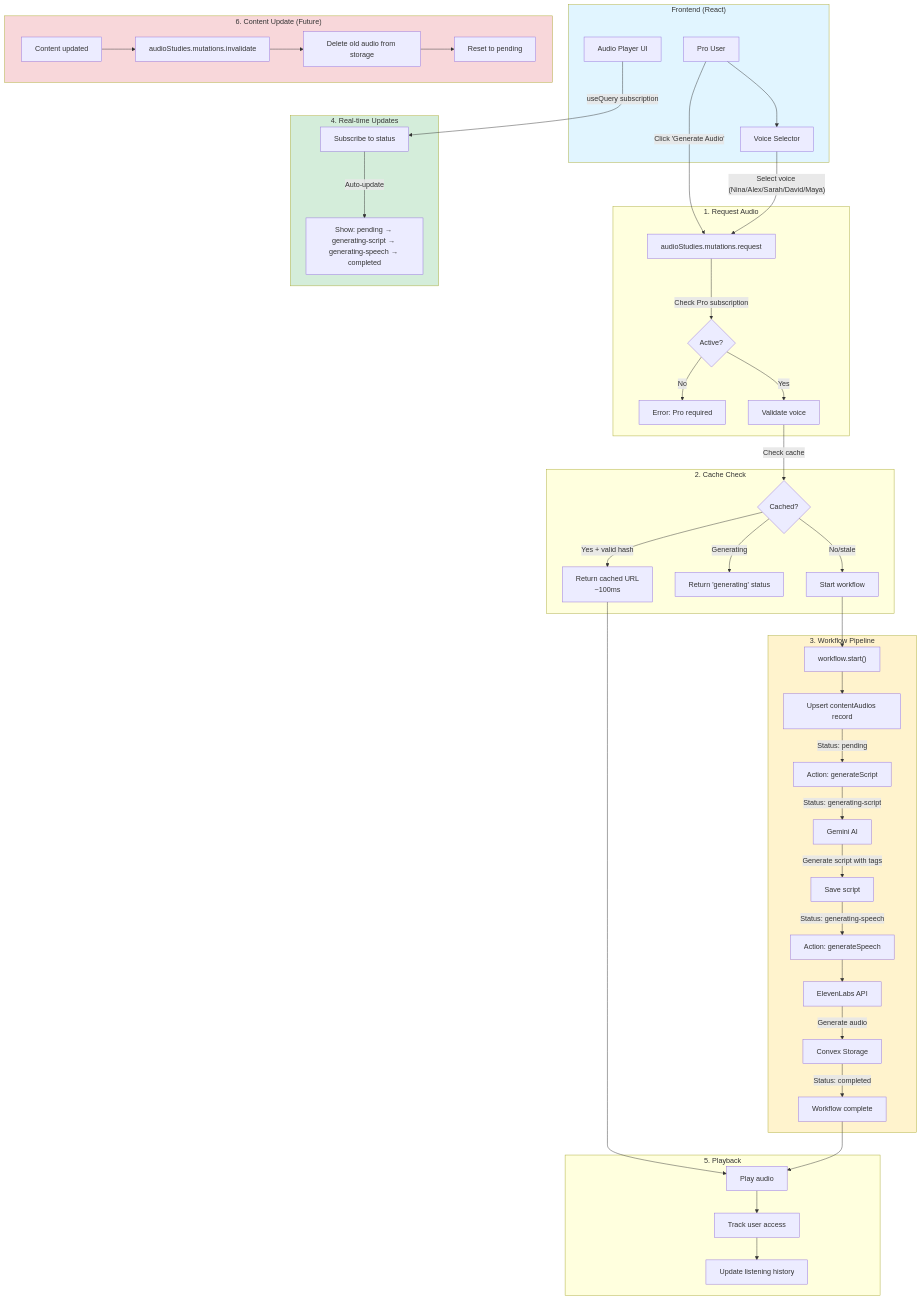
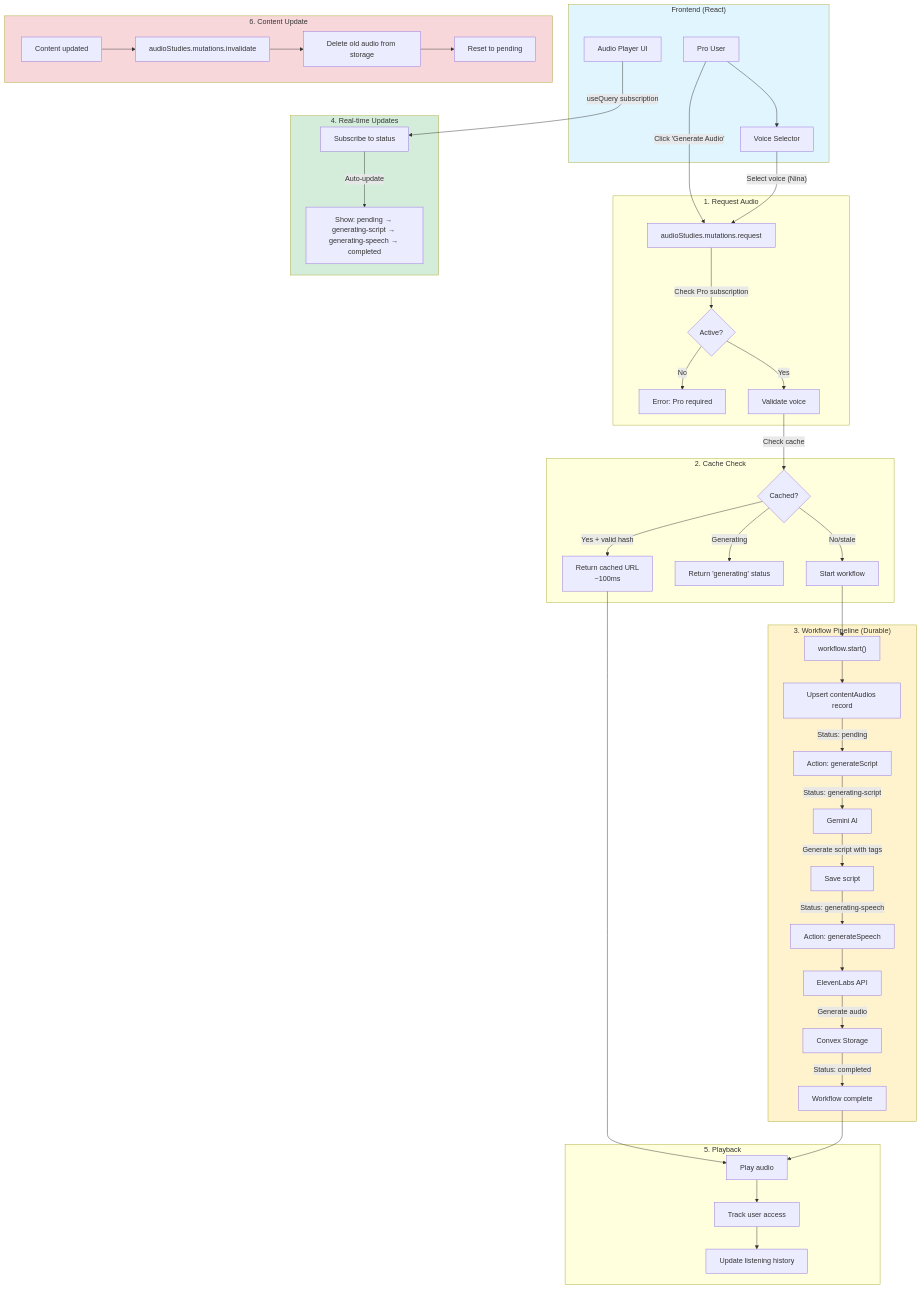
The diagram in plans/audio-studies/overview.md (nakafaai/nakafa.com), drawn with Mermaid before and after one commit. The commit also changed other lines of this file and 1 other file, not shown here.

````diff
--- a/plans/audio-studies/overview.md
+++ b/plans/audio-studies/overview.md
@@ -13,61 +14,61 @@
 ```mermaid
 flowchart TD
     subgraph Frontend["Frontend (React)"]
         User["Pro User"]
         UI["Audio Player UI"]
         Selector["Voice Selector"]
     end
 
     subgraph Request["1. Request Audio"]
         User -->|"Click 'Generate Audio'"| RequestAPI["audioStudies.mutations.request"]
         RequestAPI -->|"Check Pro subscription"| ProCheck{"Active?"}
         ProCheck -->|"No"| Error1["Error: Pro required"]
         ProCheck -->|"Yes"| VoiceCheck["Validate voice"]
     end
 
     subgraph Cache["2. Cache Check"]
         VoiceCheck -->|"Check cache"| CacheCheck{"Cached?"}
-        CacheCheck -->|"Yes + valid hash"| Cached["Return cached URL<br/>~100ms"]
+        CacheCheck -->|"Yes + valid hash"| Cached["Return cached URL\n~100ms"]
         CacheCheck -->|"Generating"| Queued["Return 'generating' status"]
         CacheCheck -->|"No/stale"| StartWorkflow["Start workflow"]
     end
 
-    subgraph Workflow["3. Workflow Pipeline"]
+    subgraph Workflow["3. Workflow Pipeline (Durable)"]
         StartWorkflow --> WorkflowMgr["workflow.start()"]
         WorkflowMgr --> Upsert["Upsert contentAudios record"]
         Upsert -->|"Status: pending"| GenScript["Action: generateScript"]
         GenScript -->|"Status: generating-script"| AI["Gemini AI"]
         AI -->|"Generate script with tags"| SaveScript["Save script"]
         SaveScript -->|"Status: generating-speech"| GenSpeech["Action: generateSpeech"]
         GenSpeech --> ElevenLabs["ElevenLabs API"]
         ElevenLabs -->|"Generate audio"| Storage["Convex Storage"]
         Storage -->|"Status: completed"| Complete["Workflow complete"]
     end
 
     subgraph Realtime["4. Real-time Updates"]
         UI -->|"useQuery subscription"| Subscribe["Subscribe to status"]
         Subscribe -->|"Auto-update"| ShowProgress["Show: pending → generating-script → generating-speech → completed"]
     end
 
     subgraph Playback["5. Playback"]
         Cached --> Play["Play audio"]
         Complete --> Play
         Play --> Track["Track user access"]
         Track --> History["Update listening history"]
     end
 
-    subgraph Invalidation["6. Content Update (Future)"]
+    subgraph Invalidation["6. Content Update"]
         ContentUpdate["Content updated"]
         ContentUpdate --> Invalidate["audioStudies.mutations.invalidate"]
         Invalidate --> DeleteStorage["Delete old audio from storage"]
         DeleteStorage --> ResetStatus["Reset to pending"]
     end
 
     User --> Selector
-    Selector -->|"Select voice (Nina/Alex/Sarah/David/Maya)"| RequestAPI
+    Selector -->|"Select voice (Nina)"| RequestAPI
 
     style Frontend fill:#e1f5ff
     style Workflow fill:#fff3cd
     style Realtime fill:#d4edda
     style Invalidation fill:#f8d7da
 ```
````
